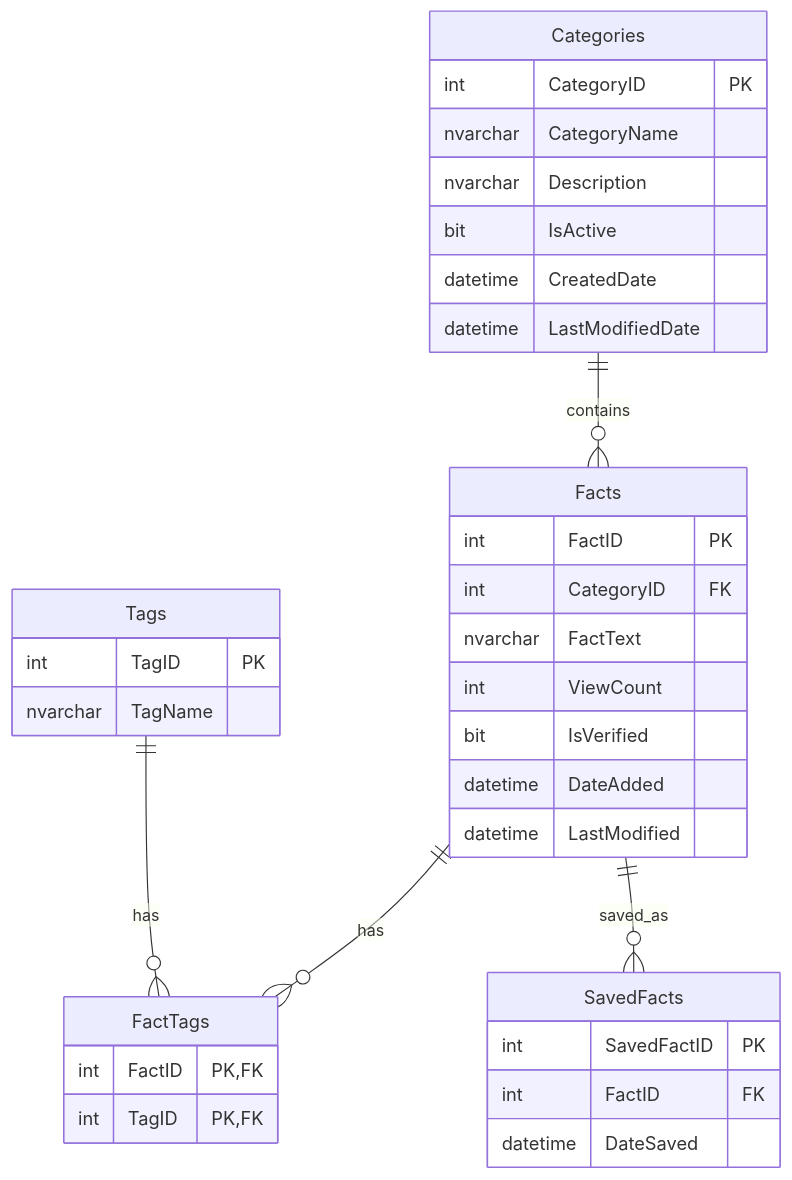
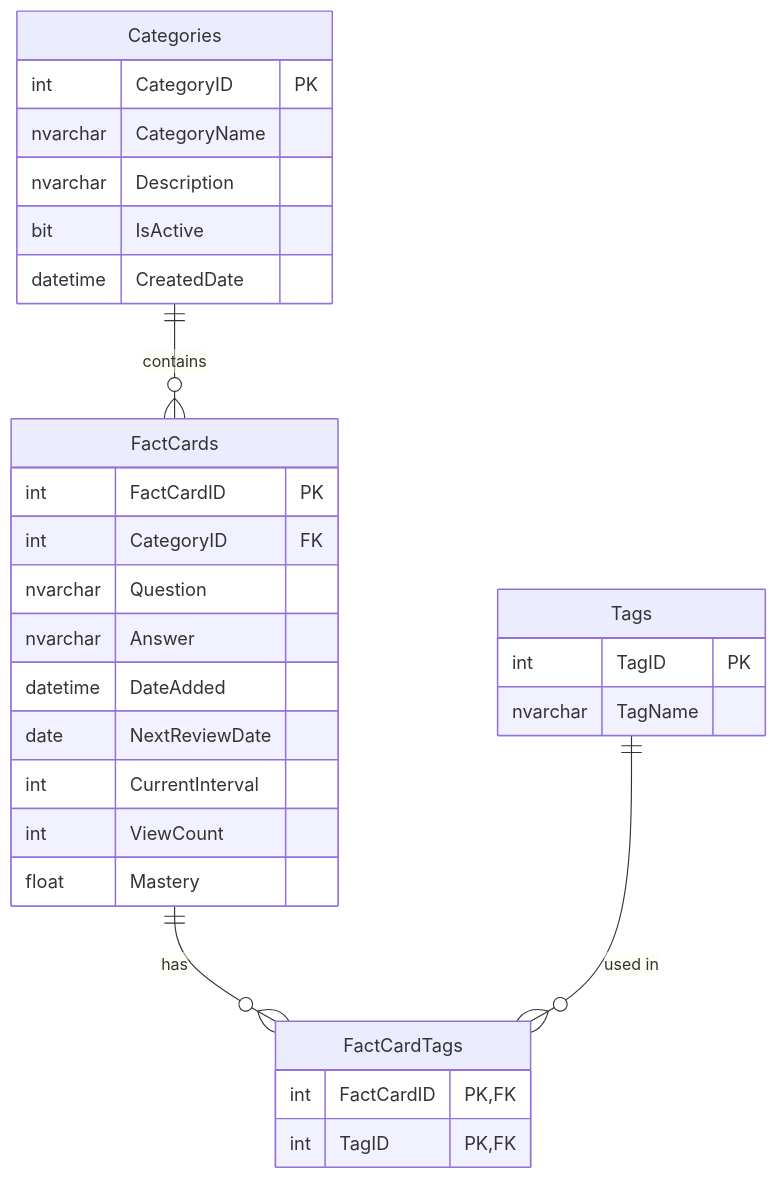
The diagram in database_setup/[ERD]DB_Tables.mmd (LordGauravB/FactDari), drawn with Mermaid before and after one commit. The commit also changed 2 other files, not shown here.

```diff
--- a/database_setup/[ERD]DB_Tables.mmd
+++ b/database_setup/[ERD]DB_Tables.mmd
@@ -1,40 +1,34 @@
 erDiagram
-    Categories ||--o{ Facts : contains
-    Facts ||--o{ FactTags : has
-    Tags ||--o{ FactTags : has
-    Facts ||--o{ SavedFacts : saved_as
-
+    Categories ||--o{ FactCards : "contains"
+    FactCards ||--o{ FactCardTags : "has"
+    Tags ||--o{ FactCardTags : "used in"
+    
     Categories {
         int CategoryID PK
         nvarchar CategoryName
         nvarchar Description
         bit IsActive
         datetime CreatedDate
-        datetime LastModifiedDate
     }
-
-    Facts {
-        int FactID PK
+    
+    FactCards {
+        int FactCardID PK
         int CategoryID FK
-        nvarchar FactText
+        nvarchar Question
+        nvarchar Answer
+        datetime DateAdded
+        date NextReviewDate
+        int CurrentInterval
         int ViewCount
-        bit IsVerified
-        datetime DateAdded
-        datetime LastModified
+        float Mastery
     }
-
+    
     Tags {
         int TagID PK
         nvarchar TagName
     }
-
-    FactTags {
-        int FactID PK,FK
+    
+    FactCardTags {
+        int FactCardID PK,FK
         int TagID PK,FK
     }
-
-    SavedFacts {
-        int SavedFactID PK
-        int FactID FK
-        datetime DateSaved
-    }
```
